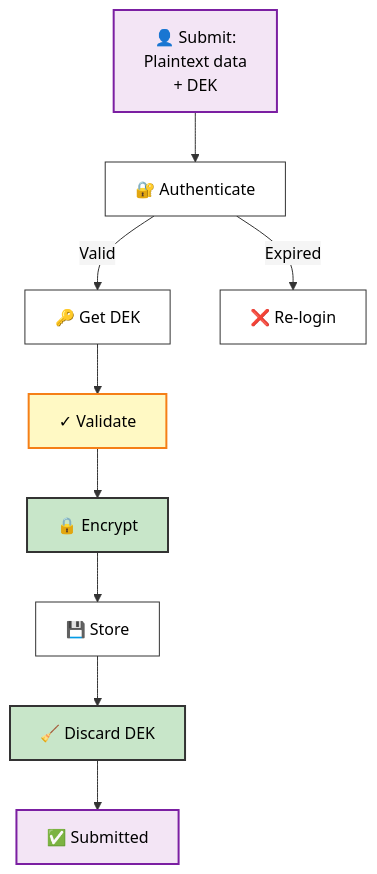
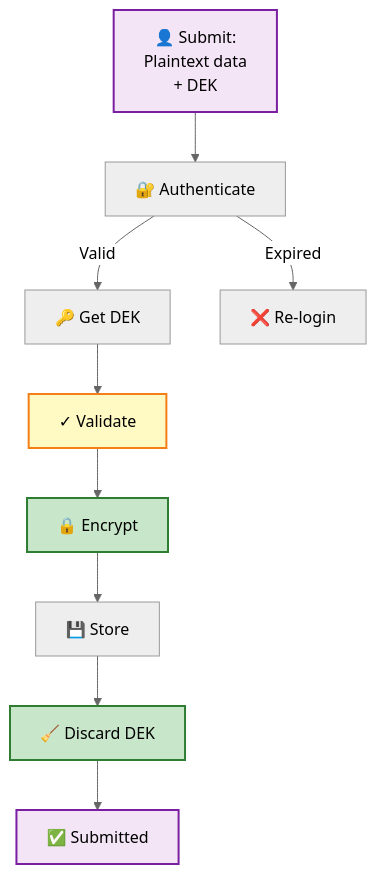
Before and after one commit to DomiDre/kigaprio: the seventh of 8 diagrams in ARCHITECTURE.md, drawn with Mermaid. The commit also changed other lines of this file, not shown here.

Commit message:
Set neutral theme everywhere

````diff
--- a/ARCHITECTURE.md
+++ b/ARCHITECTURE.md
@@ -436,31 +430,31 @@
 ```mermaid
-%%{init: {'theme':'base', 'themeVariables': { 'primaryColor':'#fff','primaryTextColor':'#000','primaryBorderColor':'#333','lineColor':'#333','secondaryColor':'#f5f5f5','tertiaryColor':'#fff','background':'#ffffff','mainBkg':'#ffffff','clusterBkg':'#f9f9f9','clusterBorder':'#666'}}}%%
+%%{init: {'theme':'neutral'}}%%
 flowchart TD
     Request["👤 Submit:<br/>Plaintext data<br/>+ DEK"]
     Auth["🔐 Authenticate"]
     GetDEK["🔑 Get DEK"]
     Validate["✓ Validate"]
     Encrypt["🔒 Encrypt"]
     Store["💾 Store"]
     Cleanup["🧹 Discard DEK"]
     Done["✅ Submitted"]
     
     Request --> Auth
     Auth -->|"Valid"| GetDEK
     Auth -->|"Expired"| Fail["❌ Re-login"]
     GetDEK --> Validate
     Validate --> Encrypt
     Encrypt --> Store
     Store --> Cleanup
     Cleanup --> Done
     
-    classDef action fill:#f3e5f5,stroke:#7b1fa2,stroke-width:2px,color:#000
-    classDef backend fill:#c8e6c9,stroke:#333,stroke-width:2px,color:#000
-    classDef validate fill:#fff9c4,stroke:#f57f17,stroke-width:2px,color:#000
+    classDef action fill:#f3e5f5,stroke:#7b1fa2,stroke-width:2px
+    classDef backend fill:#c8e6c9,stroke:#2e7d32,stroke-width:2px
+    classDef validate fill:#fff9c4,stroke:#f57f17,stroke-width:2px
     
     class Request action
     class Validate validate
     class Encrypt backend
     class Cleanup backend
     class Done action
 ```
````
